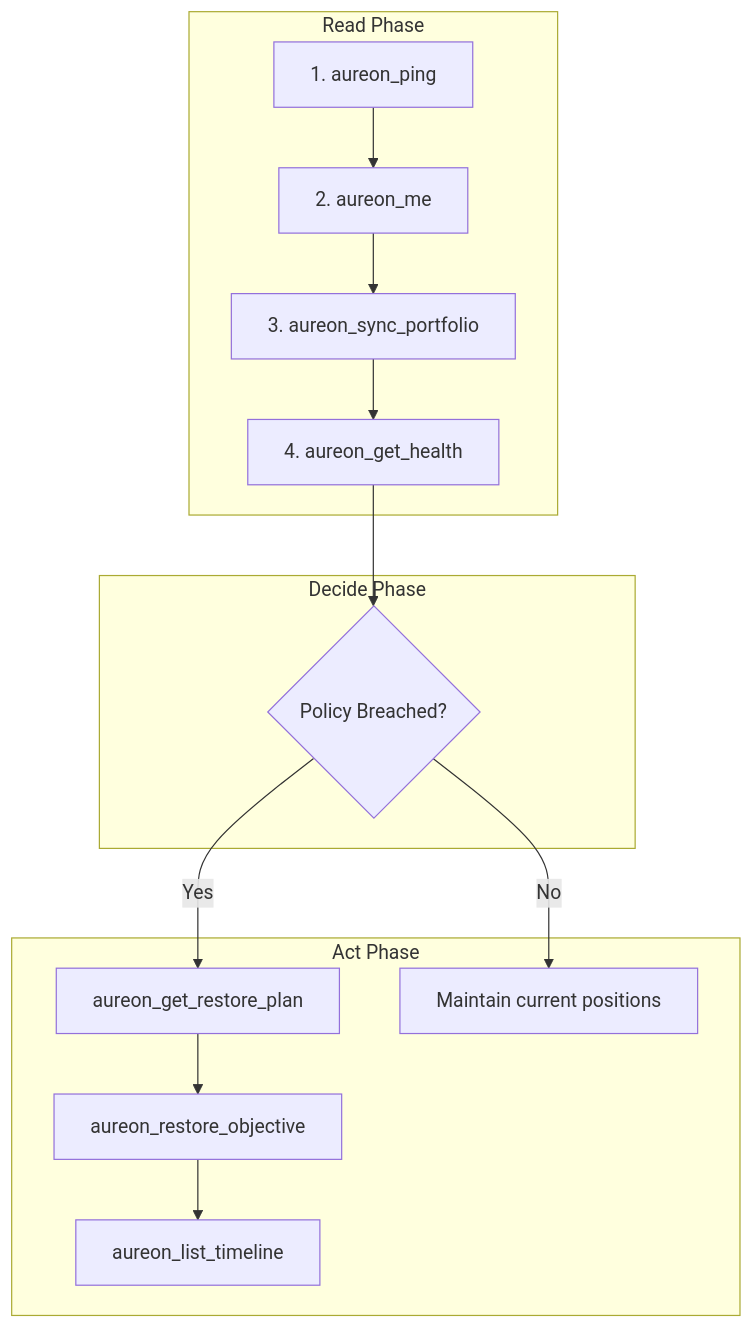
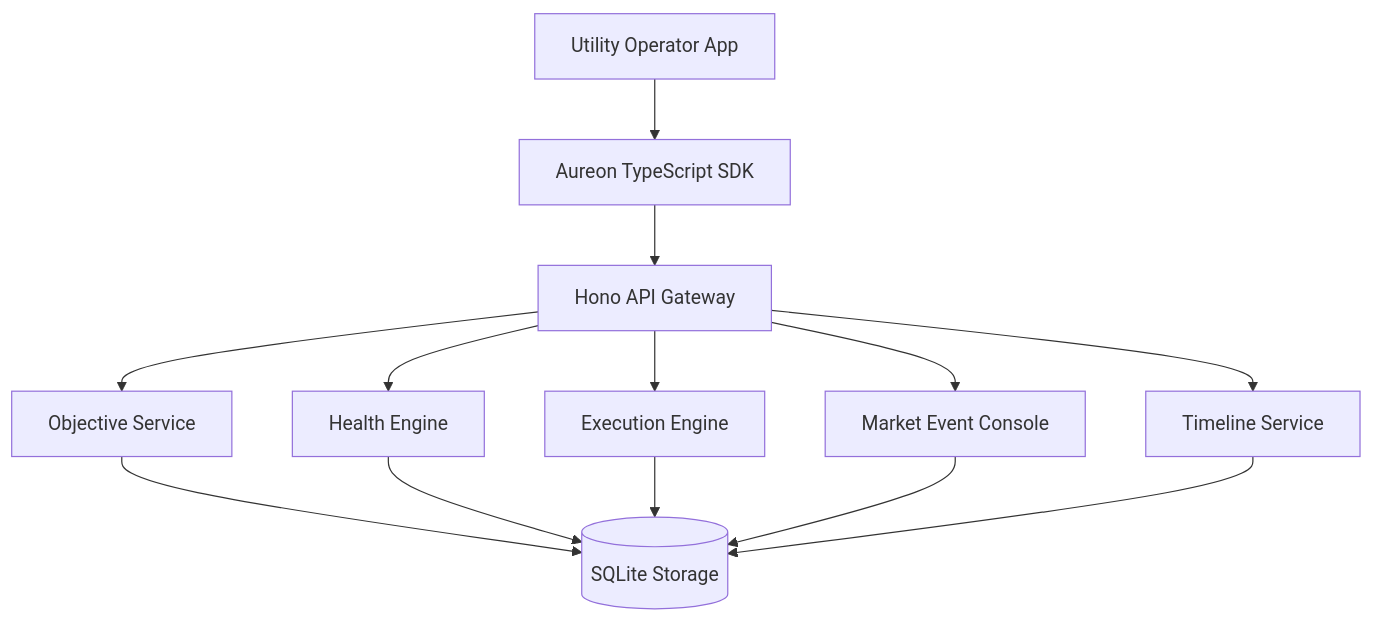
The first of 3 diagrams in README.md (buildaureon/aureon-mcp), drawn with Mermaid before and after one commit. The commit also changed other lines of this file, not shown here.

Commit message:
docs: default MCP README to official API

````diff
--- a/README.md
+++ b/README.md
@@ -266,19 +46,25 @@
 ```mermaid
 flowchart TD
-  subgraph Read Phase
-    R1[1. aureon_ping] --> R2[2. aureon_me]
-    R2 --> R3[3. aureon_sync_portfolio]
-    R3 --> R4[4. aureon_get_health]
-  end
+  Utility[Utility Operator App]
+  SDK[Aureon TypeScript SDK]
+  API[Hono API Gateway]
+  Obj[Objective Service]
+  Health[Health Engine]
+  Exec[Execution Engine]
+  Market[Market Event Console]
+  Timeline[Timeline Service]
+  DB[(SQLite Storage)]
 
-  subgraph Decide Phase
-    R4 --> D1{Policy Breached?}
-  end
-
-  subgraph Act Phase
-    D1 -- Yes --> A1[aureon_get_restore_plan]
-    A1 --> A2[aureon_restore_objective]
-    A2 --> A3[aureon_list_timeline]
-    D1 -- No --> A4[Maintain current positions]
-  end
+  Utility --> SDK
+  SDK --> API
+  API --> Obj
+  API --> Health
+  API --> Exec
+  API --> Market
+  API --> Timeline
+  Obj --> DB
+  Health --> DB
+  Exec --> DB
+  Market --> DB
+  Timeline --> DB
 ```
````
